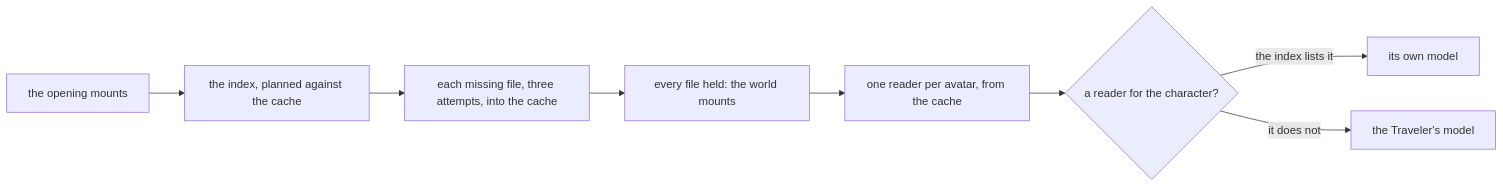
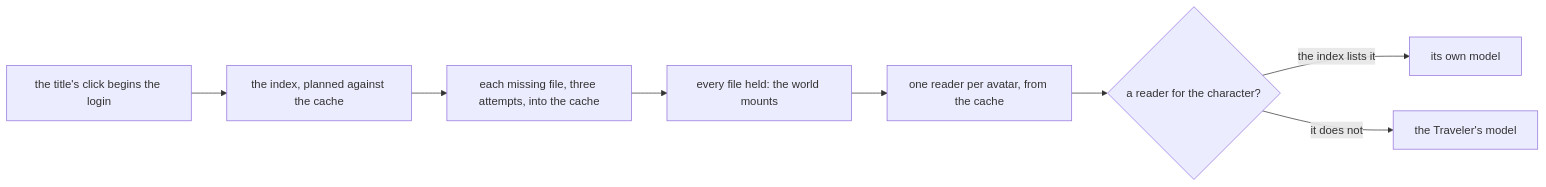
Before and after one commit to Esposter/Esposter: the diagram in openspec/specs/genshin/characters/README.md, drawn with Mermaid. The commit also changed other lines of this file and 3 other files, not shown here.

````diff
--- a/openspec/specs/genshin/characters/README.md
+++ b/openspec/specs/genshin/characters/README.md
@@ -21,10 +21,10 @@
 ```mermaid
 flowchart LR
-  OPEN["the opening mounts"] --> PLAN["the index, planned against the cache"]
+  OPEN["the title's click begins the login"] --> PLAN["the index, planned against the cache"]
   PLAN --> FETCH["each missing file, three attempts, into the cache"]
   FETCH --> HELD["every file held: the world mounts"]
   HELD --> GATE["one reader per avatar, from the cache"]
   GATE --> DRAW{"a reader for the character?"}
   DRAW -->|"the index lists it"| OWN["its own model"]
   DRAW -->|"it does not"| TRAVELER["the Traveler's model"]
 ```
````
